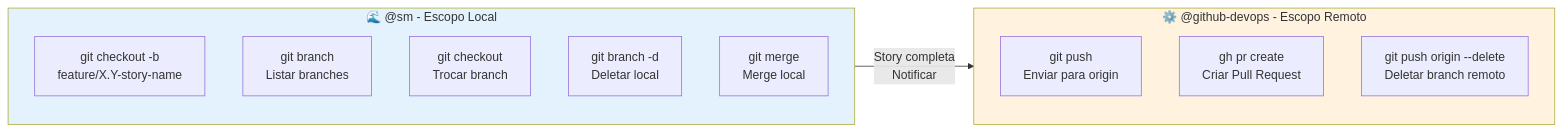
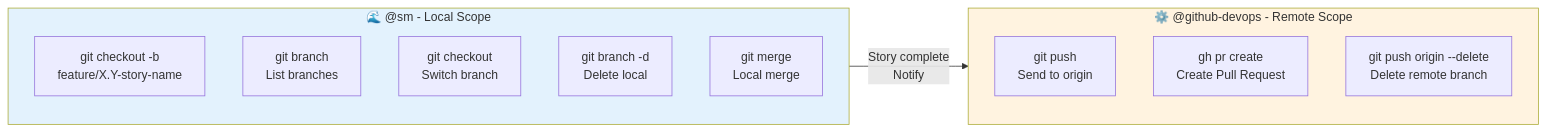
The third of 4 diagrams in docs/guides/agents/SM-SYSTEM.md (CyryxLabs/AEXOS), drawn with Mermaid before and after one commit. The commit also changed other lines of this file and 528 other files, not shown here.

````diff
--- a/docs/guides/agents/SM-SYSTEM.md
+++ b/docs/guides/agents/SM-SYSTEM.md
@@ -200,21 +200,21 @@
 ```mermaid
 flowchart LR
-    subgraph SM_SCOPE["🌊 @sm - Escopo Local"]
+    subgraph SM_SCOPE["🌊 @sm - Local Scope"]
         CREATE_BRANCH["git checkout -b<br/>feature/X.Y-story-name"]
-        LIST_BRANCH["git branch<br/>Listar branches"]
-        SWITCH_BRANCH["git checkout<br/>Trocar branch"]
-        DELETE_LOCAL["git branch -d<br/>Deletar local"]
-        MERGE_LOCAL["git merge<br/>Merge local"]
+        LIST_BRANCH["git branch<br/>List branches"]
+        SWITCH_BRANCH["git checkout<br/>Switch branch"]
+        DELETE_LOCAL["git branch -d<br/>Delete local"]
+        MERGE_LOCAL["git merge<br/>Local merge"]
     end
 
-    subgraph DEVOPS_SCOPE["⚙️ @github-devops - Escopo Remoto"]
-        PUSH["git push<br/>Enviar para origin"]
-        CREATE_PR["gh pr create<br/>Criar Pull Request"]
-        DELETE_REMOTE["git push origin --delete<br/>Deletar branch remoto"]
+    subgraph DEVOPS_SCOPE["⚙️ @github-devops - Remote Scope"]
+        PUSH["git push<br/>Send to origin"]
+        CREATE_PR["gh pr create<br/>Create Pull Request"]
+        DELETE_REMOTE["git push origin --delete<br/>Delete remote branch"]
     end
 
-    SM_SCOPE -->|"Story completa<br/>Notificar"| DEVOPS_SCOPE
+    SM_SCOPE -->|"Story complete<br/>Notify"| DEVOPS_SCOPE
 
     style SM_SCOPE fill:#e3f2fd
     style DEVOPS_SCOPE fill:#fff3e0
 ```
````
